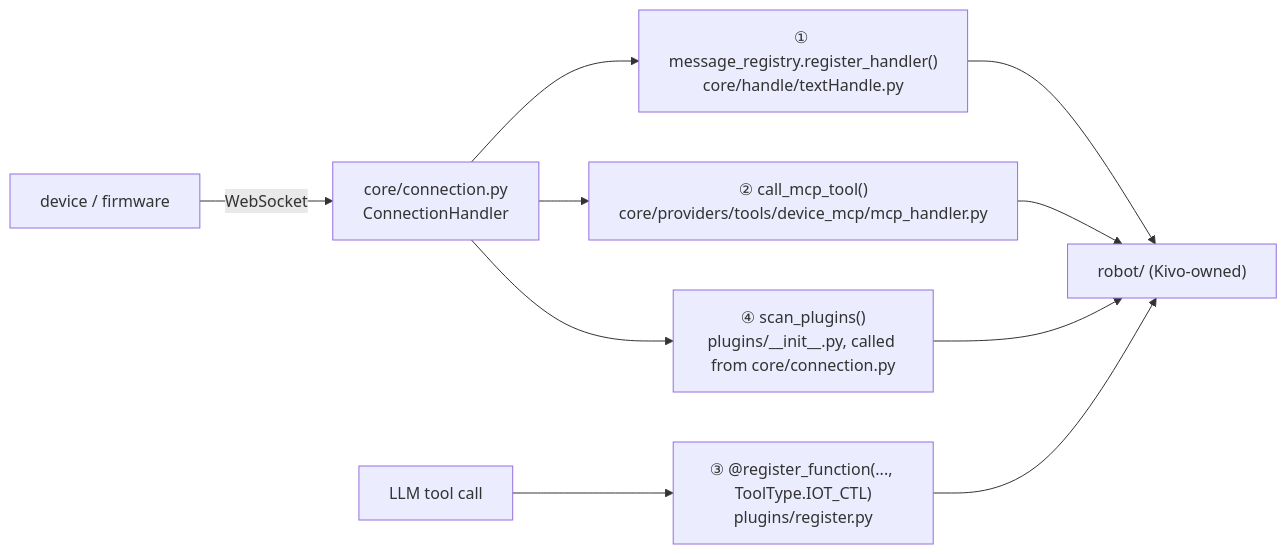
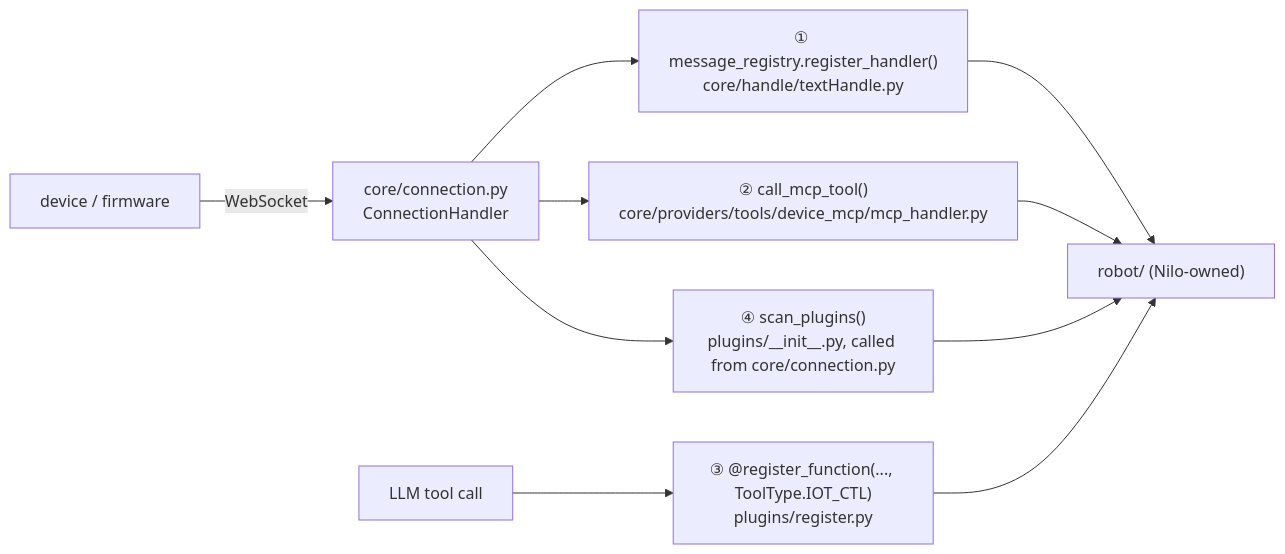
Before and after one commit to AA-Box/Nilo: the diagram in docs/development.md, drawn with Mermaid. The commit also changed other lines of this file and 307 other files, not shown here.

````diff
--- a/docs/development.md
+++ b/docs/development.md
@@ -266,12 +268,12 @@
 ```mermaid
 flowchart LR
     DEV["device / firmware"] -->|WebSocket| CONN["core/connection.py<br/>ConnectionHandler"]
     CONN --> REG["① message_registry.register_handler()<br/>core/handle/textHandle.py"]
     CONN --> MCP["② call_mcp_tool()<br/>core/providers/tools/device_mcp/mcp_handler.py"]
     LLM["LLM tool call"] --> FUNC["③ @register_function(..., ToolType.IOT_CTL)<br/>plugins/register.py"]
     CONN --> SCAN["④ scan_plugins()<br/>plugins/__init__.py, called from core/connection.py"]
-    REG --> ROBOT["robot/ (Kivo-owned)"]
+    REG --> ROBOT["robot/ (Nilo-owned)"]
     MCP --> ROBOT
     FUNC --> ROBOT
     SCAN --> ROBOT
 ```
````
